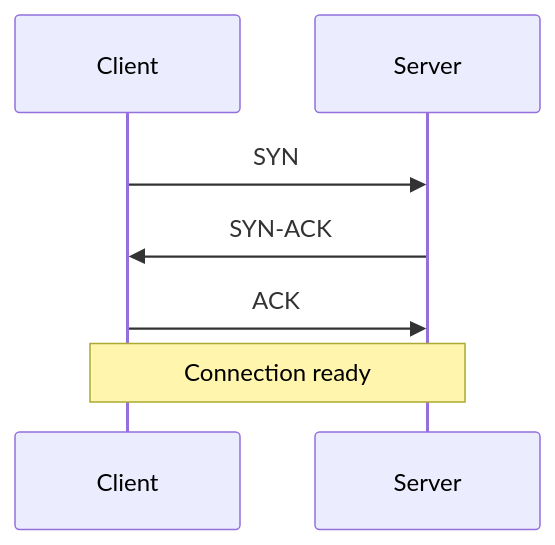
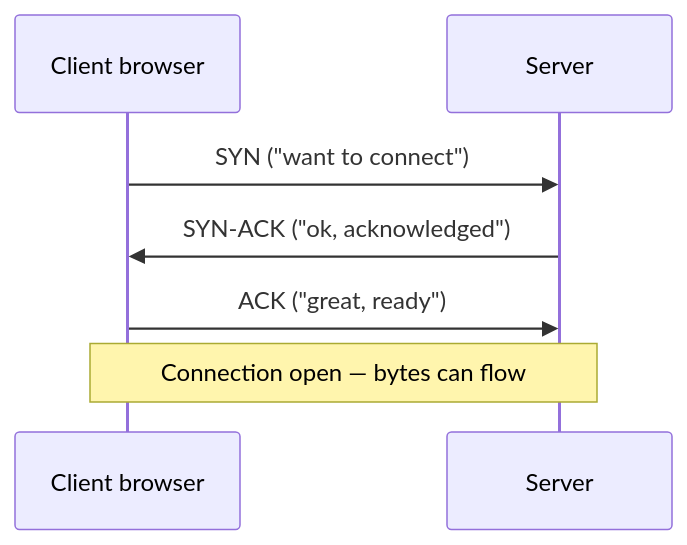
The second of 7 diagrams in docs/javascript/20-rendering.md (prajjwaljogdand/FullstackPreparation), drawn with Mermaid before and after one commit. The commit also changed other lines of this file and 91 other files, not shown here.

````diff
--- a/docs/javascript/20-rendering.md
+++ b/docs/javascript/20-rendering.md
@@ -39,9 +92,9 @@
 ```mermaid
 sequenceDiagram
-  participant C as Client
+  participant C as Client browser
   participant S as Server
-  C->>S: SYN
-  S->>C: SYN-ACK
-  C->>S: ACK
-  Note over C,S: Connection ready
+  C->>S: SYN ("want to connect")
+  S->>C: SYN-ACK ("ok, acknowledged")
+  C->>S: ACK ("great, ready")
+  Note over C,S: Connection open — bytes can flow
 ```
````
